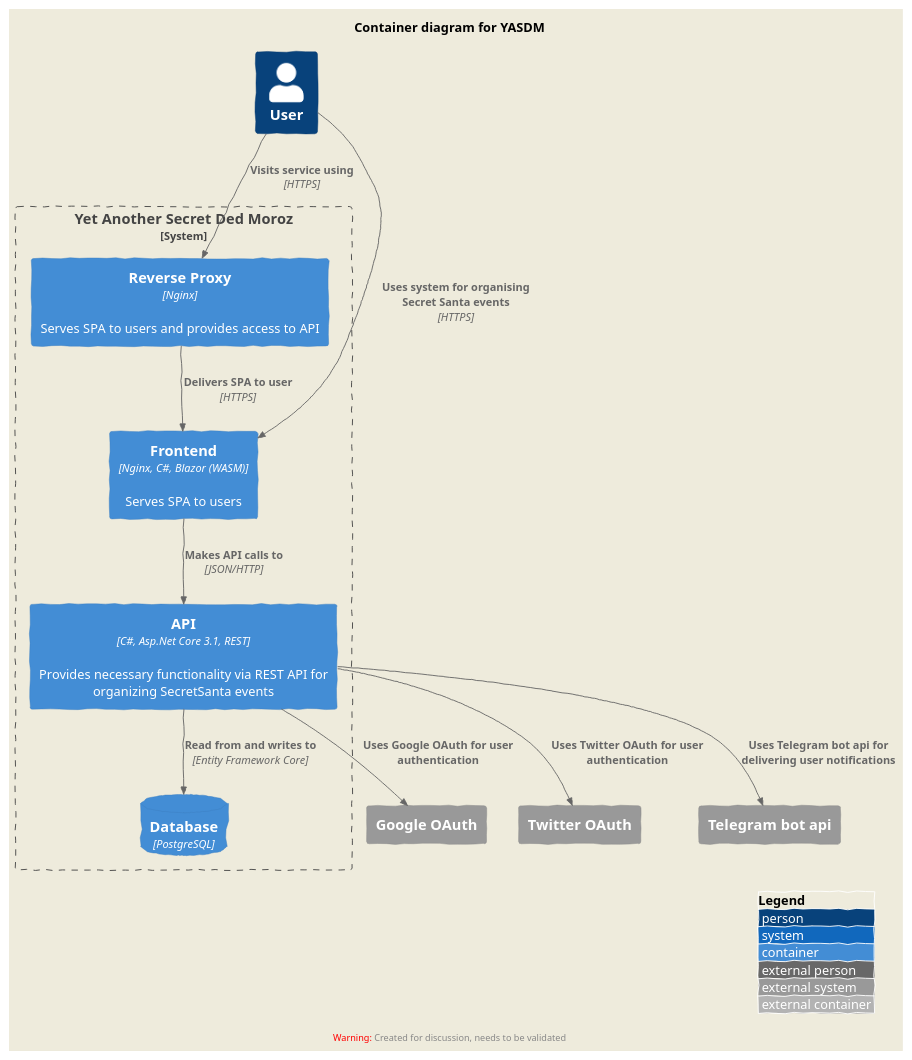
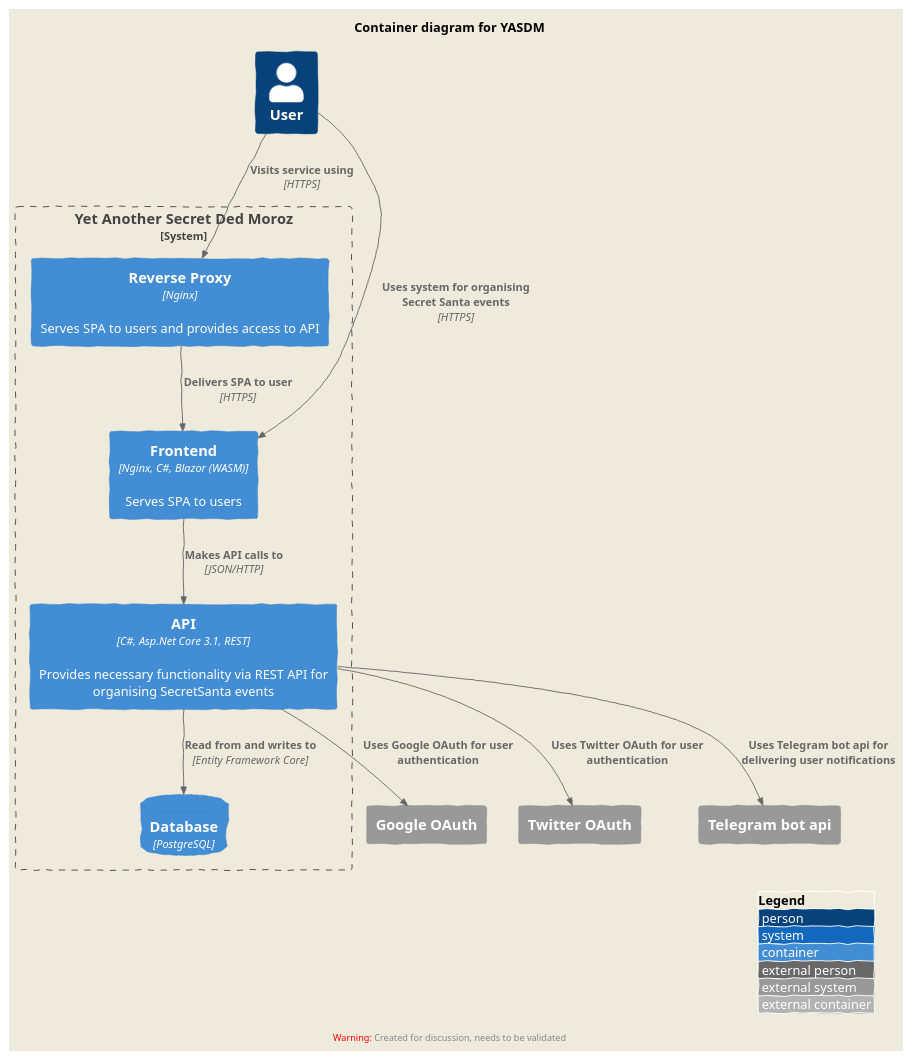
The diagram in docs/yasdm-container-design.puml (stardreamer/yasdm), drawn with PlantUML before and after one commit.

Commit message:
Typo was fixed

```diff
--- a/docs/yasdm-container-design.puml
+++ b/docs/yasdm-container-design.puml
@@ -1,38 +1,38 @@
 @startuml yasdm-container-design
 !include include/C4_Container.puml
 
 skinparam wrapWidth 350
 skinparam maxMessageSize 200
 
 title Container diagram for YASDM
 
 LAYOUT_WITH_LEGEND()
 'LAYOUT_LEFT_RIGHT
 LAYOUT_AS_SKETCH()
 
 Person(user, "User")
 
 System_Boundary(yasdm, "Yet Another Secret Ded Moroz") {
     Container(reverse_proxy, "Reverse Proxy", "Nginx", "Serves SPA to users and provides access to API")
     Container(web_app, "Frontend", "Nginx, C#, Blazor (WASM)", "Serves SPA to users")
-    Container(api,"API", "C#, Asp.Net Core 3.1, REST", "Provides necessary functionality via REST API for organizing SecretSanta events")
+    Container(api,"API", "C#, Asp.Net Core 3.1, REST", "Provides necessary functionality via REST API for organising SecretSanta events")
     ContainerDb(db, "Database", "PostgreSQL", "")
     
 }
 
 
 System_Ext(goauth, "Google OAuth")
 System_Ext(twoauth, "Twitter OAuth")
 System_Ext(tbot, "Telegram bot api")
 
 
 Rel(user, reverse_proxy, "Visits service using", "HTTPS")
 Rel(reverse_proxy, web_app, "Delivers SPA to user", "HTTPS")
 Rel(user, web_app, "Uses system for organising Secret Santa events", "HTTPS")
 Rel(web_app, api, "Makes API calls to", "JSON/HTTP")
 Rel(api, db, "Read from and writes to", "Entity Framework Core")
 Rel(api, goauth, "Uses Google OAuth for user authentication")
 Rel(api, twoauth, "Uses Twitter OAuth for user authentication")
 Rel(api, tbot, "Uses Telegram bot api for delivering user notifications")
 
 @enduml
```
